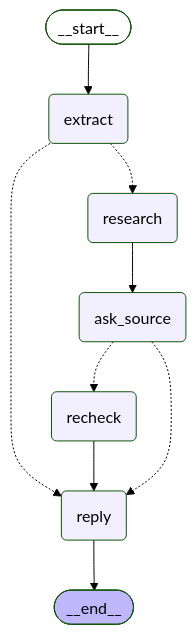
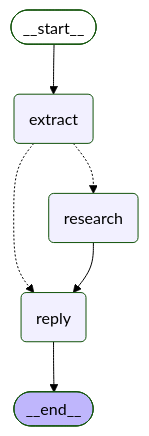
One commit to Rishab-Agrawal/fact-checker changed the first of 2 diagrams in README.md. Above: the diagram before and after it, drawn with Mermaid (forest theme). The commit also changed other lines of this file and 5 other files, not shown here.

````diff
--- a/README.md
+++ b/README.md
@@ -11,21 +11,16 @@
 ```mermaid
 graph TD;
 	__start__([<p>__start__</p>]):::first
 	extract(extract)
 	research(research)
-	ask_source(ask_source)
-	recheck(recheck)
 	reply(reply)
 	__end__([<p>__end__</p>]):::last
 	__start__ --> extract;
-	ask_source -.-> recheck;
-	ask_source -.-> reply;
 	extract -.-> reply;
 	extract -.-> research;
-	recheck --> reply;
-	research --> ask_source;
+	research --> reply;
 	reply --> __end__;
 	classDef default fill:#f2f0ff,line-height:1.2
 	classDef first fill-opacity:0
 	classDef last fill:#bfb6fc
 ```
````
